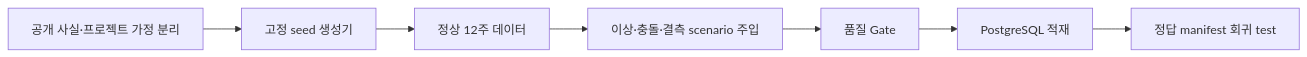
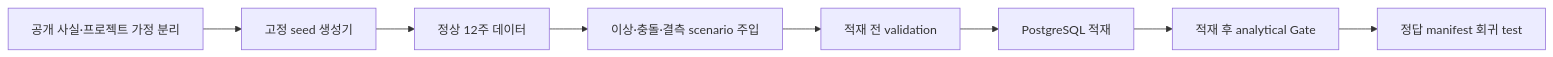
Before and after one commit to hijun318-eng/skn29_final_3team: the second of 2 diagrams in docs/markdown/03_프로젝트기획서.md, drawn with Mermaid. The commit also changed other lines of this file and 5 other files, not shown here.

````diff
--- a/docs/markdown/03_프로젝트기획서.md
+++ b/docs/markdown/03_프로젝트기획서.md
@@ -327,9 +358,10 @@
 ```mermaid
 flowchart LR
     A[공개 사실·프로젝트 가정 분리] --> B[고정 seed 생성기]
     B --> C[정상 12주 데이터]
     C --> D[이상·충돌·결측 scenario 주입]
-    D --> E[품질 Gate]
+    D --> E[적재 전 validation]
     E --> F[PostgreSQL 적재]
-    F --> G[정답 manifest 회귀 test]
+    F --> G[적재 후 analytical Gate]
+    G --> H[정답 manifest 회귀 test]
 ```
````
